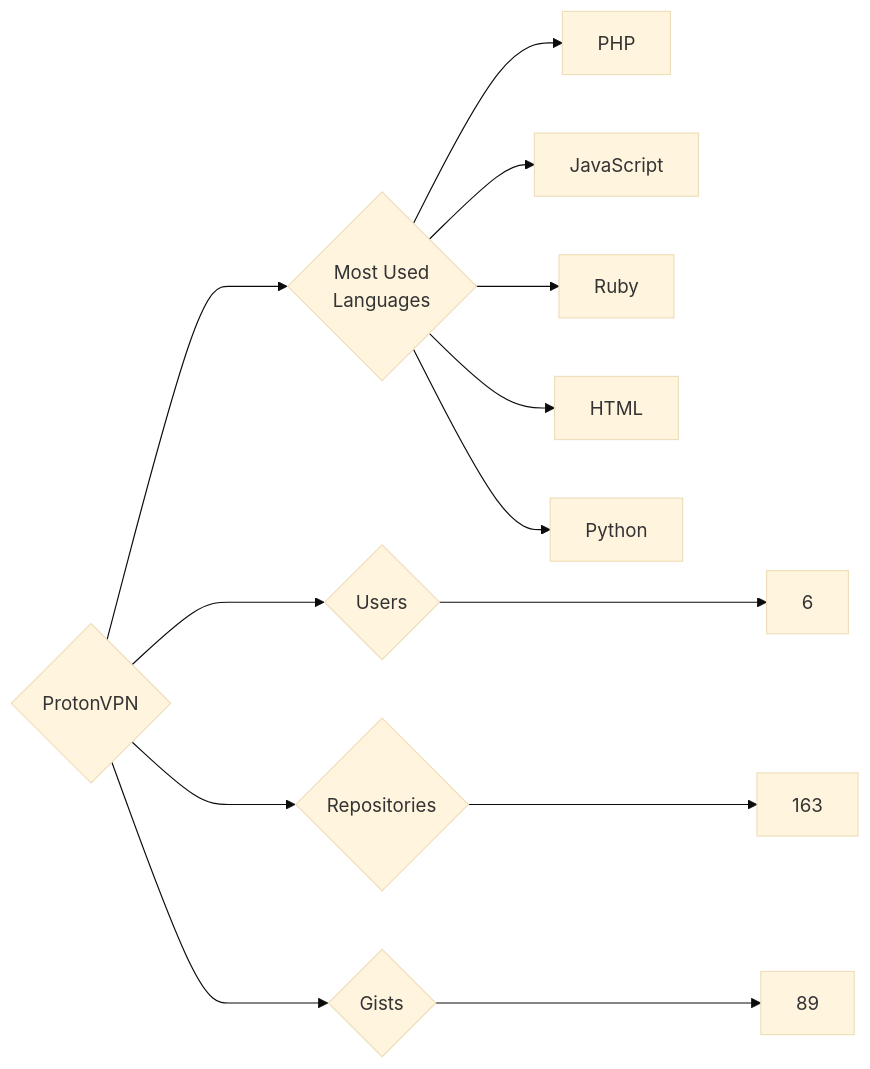
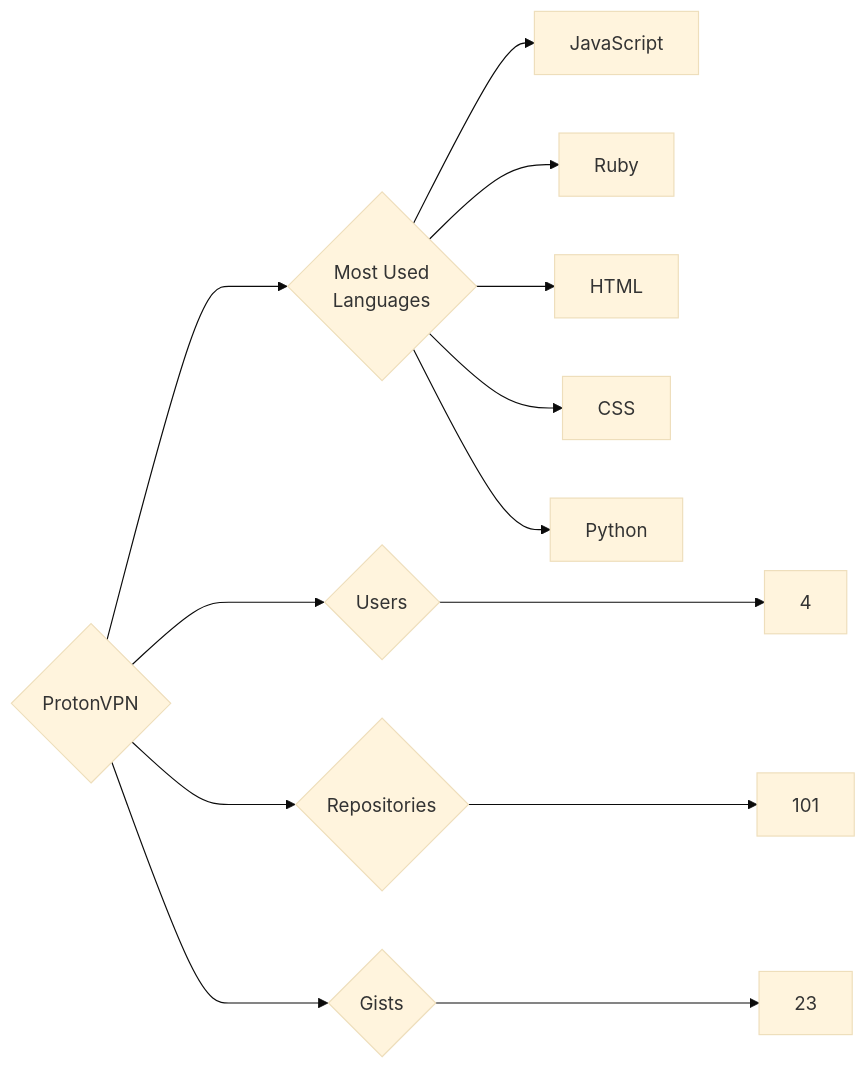
Before and after one commit to trickest/insiders: the diagram in targets/ProtonVPN/README.md, drawn with Mermaid (base theme). The commit also changed 1496 other files, not shown here.

````diff
--- a/targets/ProtonVPN/README.md
+++ b/targets/ProtonVPN/README.md
@@ -3,13 +3,13 @@
 ```mermaid
 graph LR
 COMPANY_NAME{ProtonVPN}
-COMPANY_NAME ---> U{Users} ---> UN[6]
-COMPANY_NAME ---> R{Repositories} ---> RN[163]
-COMPANY_NAME ---> G{Gists} ---> GN[89]
+COMPANY_NAME ---> U{Users} ---> UN[4]
+COMPANY_NAME ---> R{Repositories} ---> RN[101]
+COMPANY_NAME ---> G{Gists} ---> GN[23]
 COMPANY_NAME ---> ML{Most Used<br>Languages}
-ML --> PHP[PHP]
 ML --> JavaScript[JavaScript]
 ML --> Ruby[Ruby]
 ML --> HTML[HTML]
+ML --> CSS[CSS]
 ML --> Python[Python]
 ```
````
